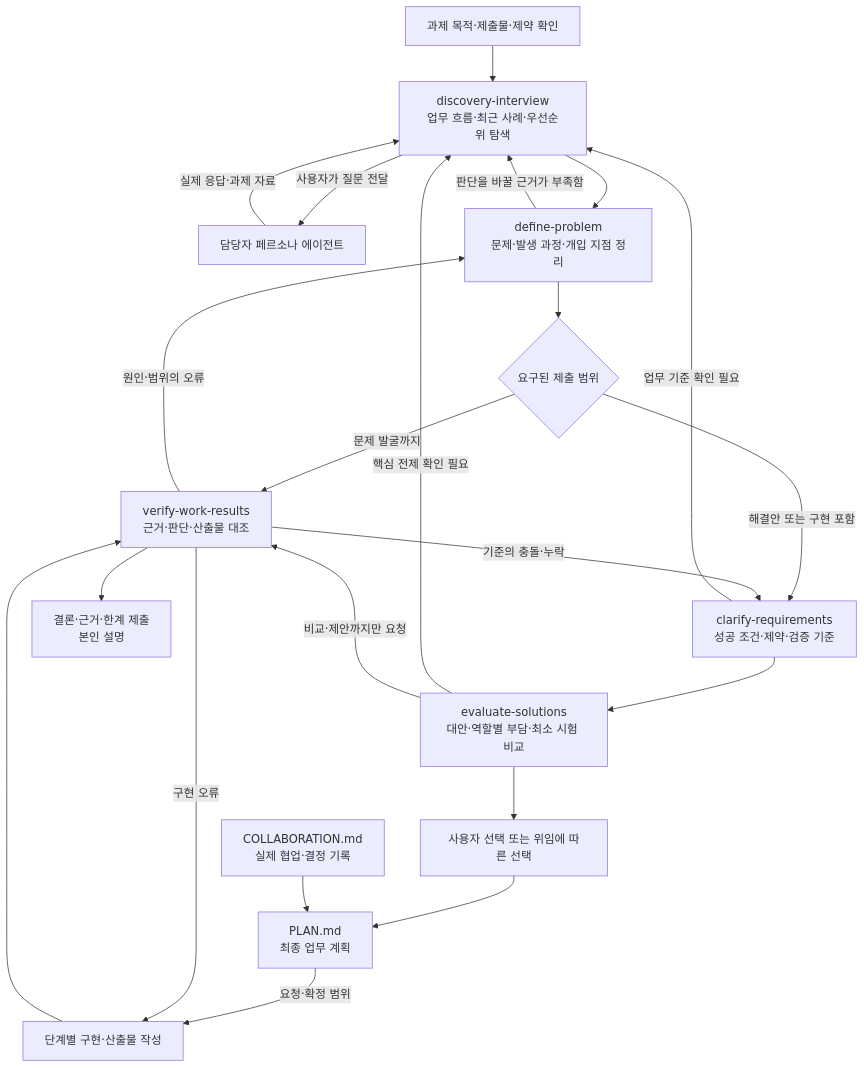
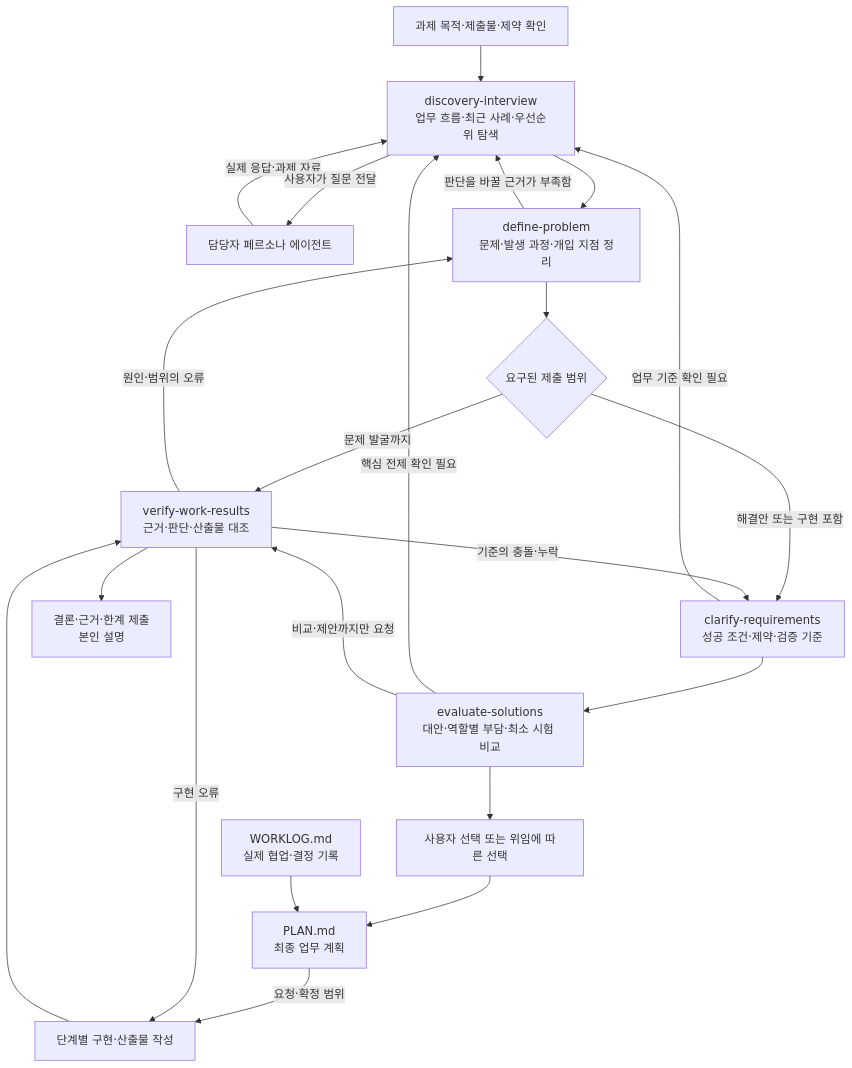
One commit to Hayden-J/product-skill-trees changed the diagram in docs/skill-map.md. Above: the diagram before and after it, drawn with Mermaid. The commit also changed other lines of this file and 25 other files, not shown here.

````diff
--- a/docs/skill-map.md
+++ b/docs/skill-map.md
@@ -13,24 +15,24 @@
 ```mermaid
 flowchart TD
     A[과제 목적·제출물·제약 확인] --> I[discovery-interview<br/>업무 흐름·최근 사례·우선순위 탐색]
     P[담당자 페르소나 에이전트] -->|실제 응답·과제 자료| I
     I -->|사용자가 질문 전달| P
     I --> D[define-problem<br/>문제·발생 과정·개입 지점 정리]
     D -->|판단을 바꿀 근거가 부족함| I
     D --> G{요구된 제출 범위}
     G -->|문제 발굴까지| V[verify-work-results<br/>근거·판단·산출물 대조]
     G -->|해결안 또는 구현 포함| R[clarify-requirements<br/>성공 조건·제약·검증 기준]
     R -->|업무 기준 확인 필요| I
     R --> E[evaluate-solutions<br/>대안·역할별 부담·최소 시험 비교]
     E -->|핵심 전제 확인 필요| I
     E -->|비교·제안까지만 요청| V
     E --> C[사용자 선택 또는 위임에 따른 선택]
     C --> PLAN[PLAN.md<br/>최종 업무 계획]
-    LOG[COLLABORATION.md<br/>실제 협업·결정 기록] --> PLAN
+    LOG[WORKLOG.md<br/>실제 협업·결정 기록] --> PLAN
     PLAN -->|요청·확정 범위| DEV[단계별 구현·산출물 작성]
     DEV --> V
     V -->|원인·범위의 오류| D
     V -->|기준의 충돌·누락| R
     V -->|구현 오류| DEV
     V --> F[결론·근거·한계 제출<br/>본인 설명]
 ```
````
